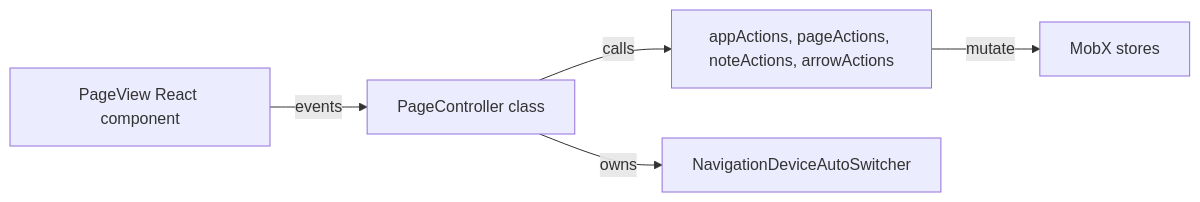
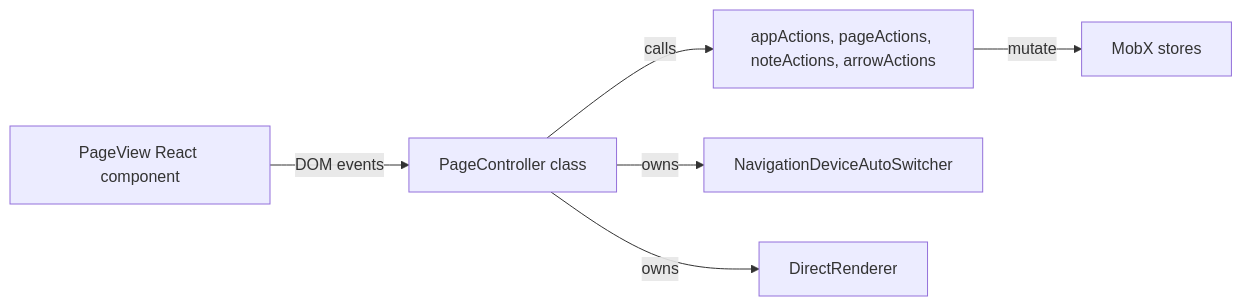
One commit to v-ko/pamet changed the diagram in web-app/src/components/page/plan.md. Above: the diagram before and after it, drawn with Mermaid. The commit also changed other lines of this file and 14 other files, not shown here.

Commit message:
PageView refactoring . New image renderbugfix Forwad-backward link bugfix.

````diff
--- a/web-app/src/components/page/plan.md
+++ b/web-app/src/components/page/plan.md
@@ -30,7 +11,8 @@
 ```mermaid
 flowchart LR
-  View[PageView React component] -->|events| Controller[PageController class]
+  View[PageView React component] -->|DOM events| Controller[PageController class]
   Controller -->|calls| Actions[appActions, pageActions, noteActions, arrowActions]
   Actions -->|mutate| Stores[MobX stores]
   Controller -->|owns| NavDevice[NavigationDeviceAutoSwitcher]
+  Controller -->|owns| Renderer[DirectRenderer]
 ```
````
